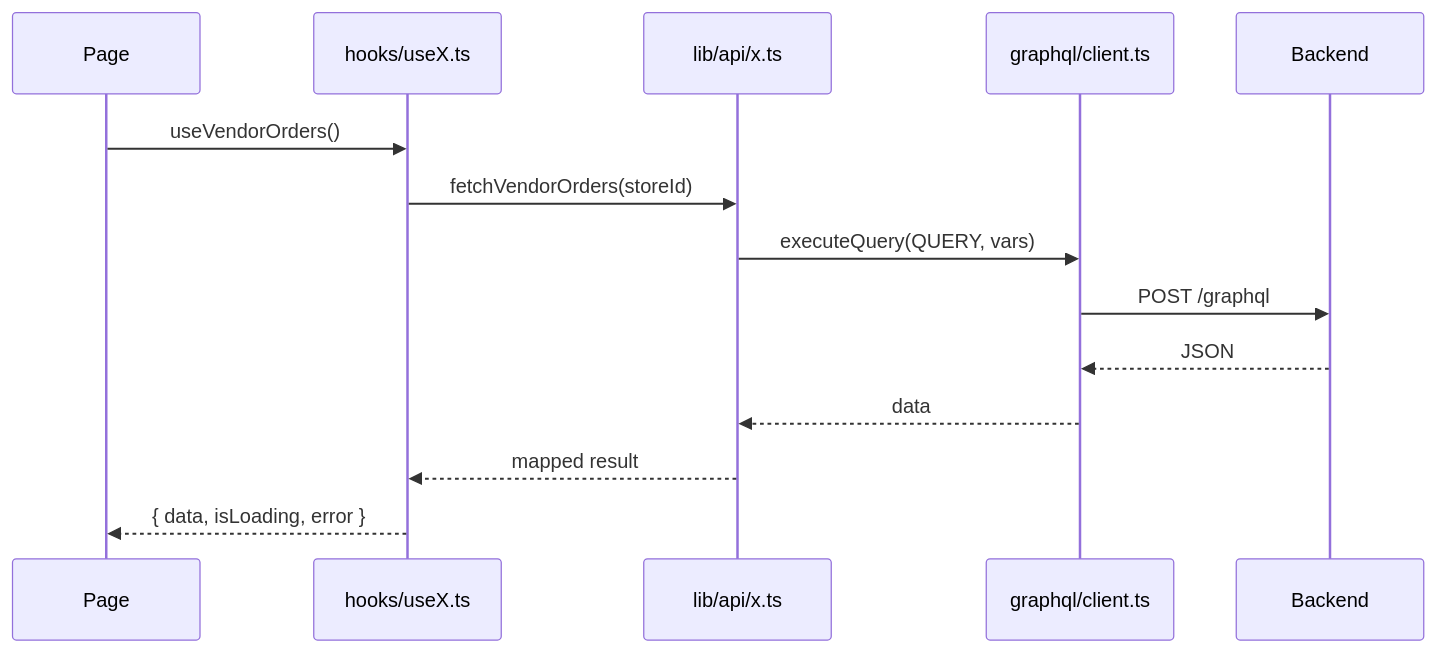
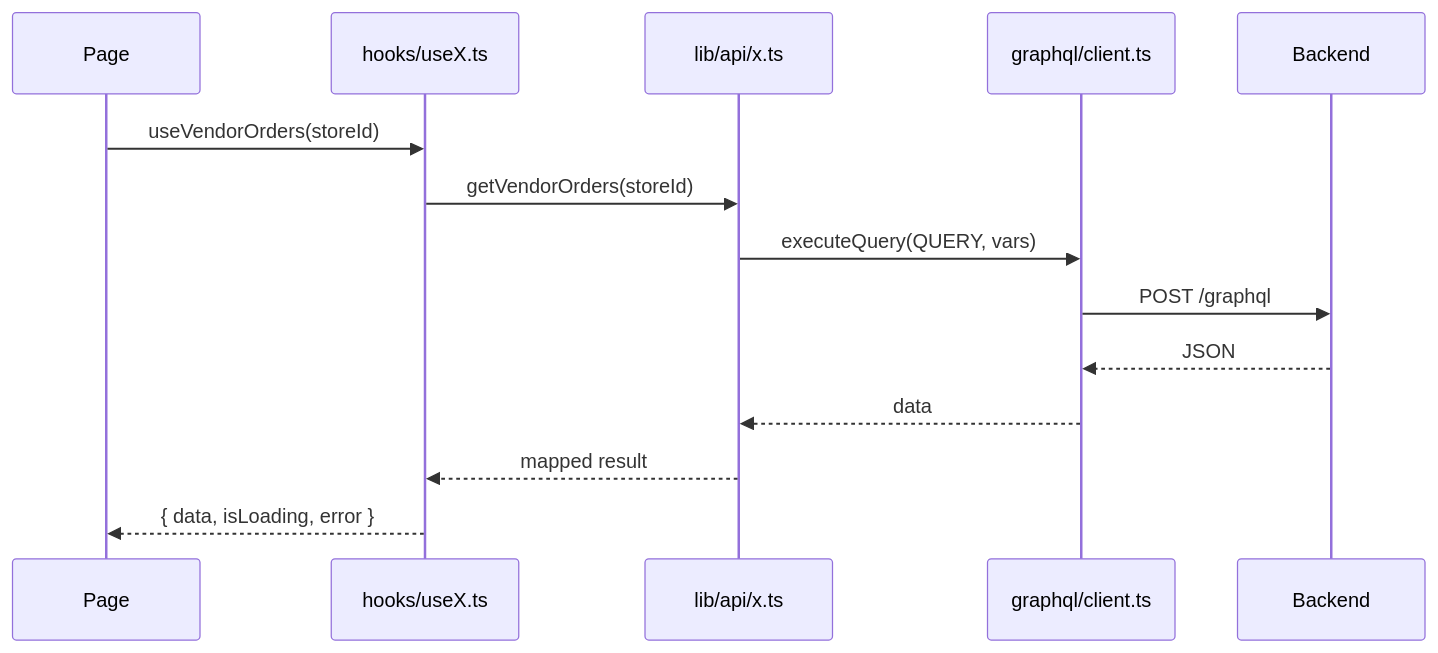
The diagram in docs/data-fetching.md (SOPet-Co-Ltd/new-sopet-admin), drawn with Mermaid before and after one commit. The commit also changed other lines of this file and 7 other files, not shown here.

````diff
--- a/docs/data-fetching.md
+++ b/docs/data-fetching.md
@@ -5,17 +5,17 @@
 ```mermaid
 sequenceDiagram
   participant P as Page
   participant H as hooks/useX.ts
   participant A as lib/api/x.ts
   participant C as graphql/client.ts
   participant B as Backend
 
-  P->>H: useVendorOrders()
-  H->>A: fetchVendorOrders(storeId)
+  P->>H: useVendorOrders(storeId)
+  H->>A: getVendorOrders(storeId)
   A->>C: executeQuery(QUERY, vars)
   C->>B: POST /graphql
   B-->>C: JSON
   C-->>A: data
   A-->>H: mapped result
   H-->>P: { data, isLoading, error }
 ```
````
